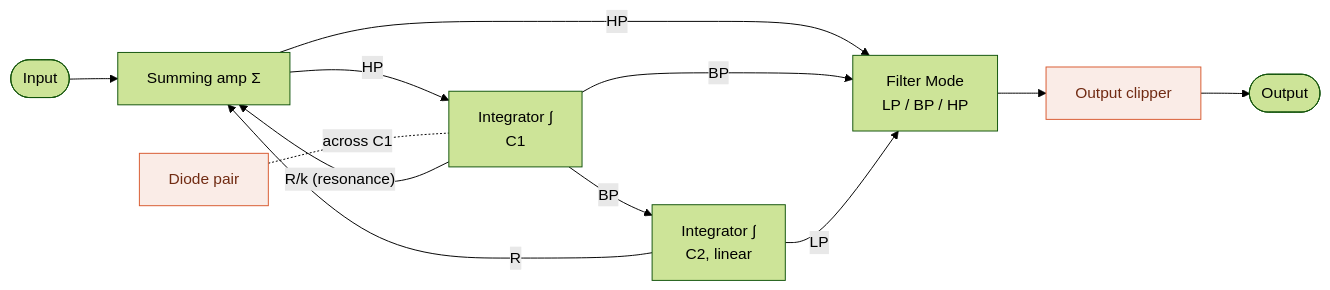
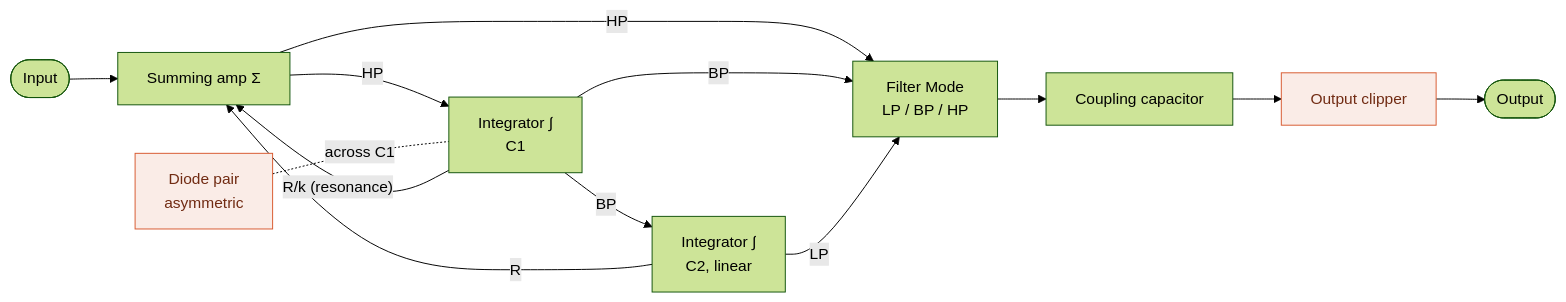
One commit to risgk/digital-synth-pra32-u2 changed the third of 3 diagrams in README.md. Above: the diagram before and after it, drawn with Mermaid (forest theme). The commit also changed other lines of this file and 1 other file, not shown here.

Commit message:
Add even harmonics to the Filter output by a quadratic term and a DC blocker

````diff
--- a/README.md
+++ b/README.md
@@ -89,16 +93,17 @@
 ```mermaid
 flowchart LR
     IN([Input]) --> A1["Summing amp Σ"]
     A1 -->|HP| A2["Integrator ∫<br/>C1"]
-    D["Diode pair"] -.-|across C1| A2
+    D["Diode pair<br/>asymmetric"] -.-|across C1| A2
     A2 -->|BP| A3["Integrator ∫<br/>C2, linear"]
     A1 -->|HP| MS["Filter Mode<br/>LP / BP / HP"]
     A2 -->|BP| MS
     A3 -->|LP| MS
-    MS --> LIM["Output clipper"]
+    MS --> CC["Coupling capacitor"]
+    CC --> LIM["Output clipper"]
     LIM --> OUT([Output])
     A2 -->|"R/k (resonance)"| A1
     A3 -->|R| A1
     classDef nl fill:#FAECE7,stroke:#D85A30,color:#712B13
     class D,LIM nl
 ```
````
